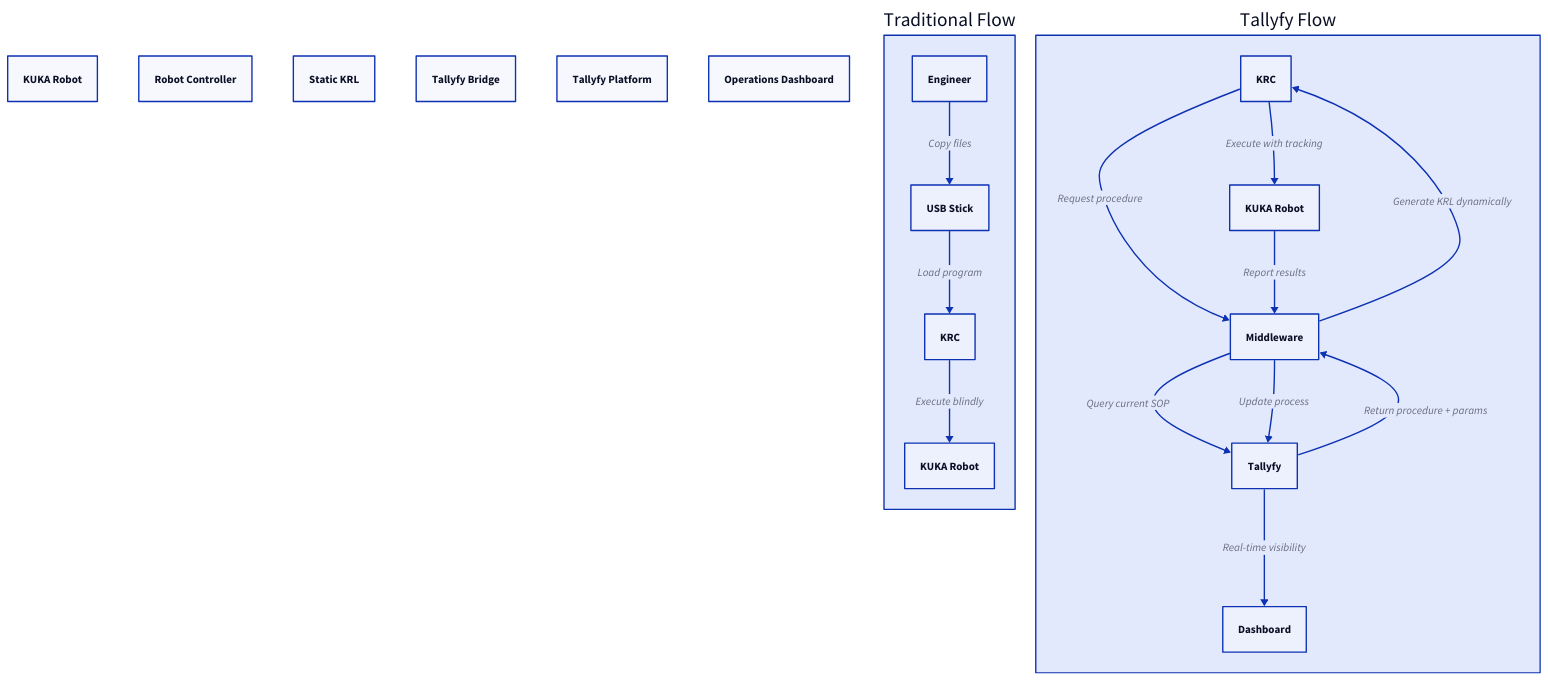
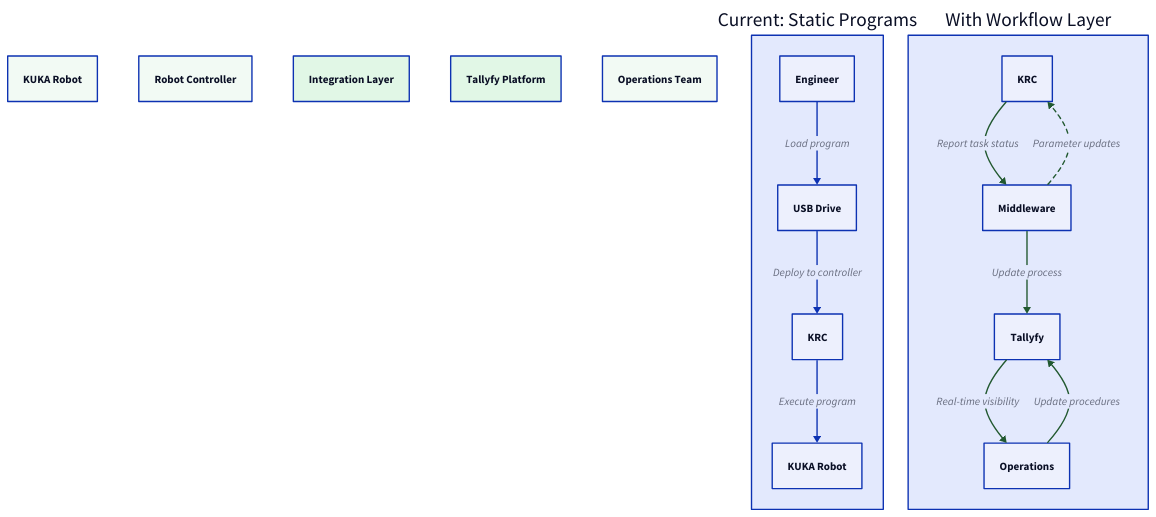
One commit to tallyfy/documentation changed the diagram in src/content/docs/pro/integrations/robotics/kuka.mdx. Above: the diagram before and after it, drawn with D2. The commit also changed other lines of this file and 10 other files, not shown here.

````diff
--- a/src/content/docs/pro/integrations/robotics/kuka.mdx
+++ b/src/content/docs/pro/integrations/robotics/kuka.mdx
@@ -225,28 +116,49 @@
 ```d2
-KUKA Robot: KUKA Robot
-KRC: Robot Controller
-KRL Files: Static KRL
-Middleware: Tallyfy Bridge
-Tallyfy: Tallyfy Platform
-Dashboard: Operations Dashboard
-
-Traditional Flow: {
-  Engineer: Engineer
-  USB: USB Stick
-  
-  Engineer -> USB: Copy files
-  USB -> KRC: Load program
-  KRC -> KUKA Robot: Execute blindly
+KUKA Robot: KUKA Robot {
+  style.fill: "#f2faf4"
+}
+KRC: Robot Controller {
+  style.fill: "#f2faf4"
+}
+Middleware: Integration Layer {
+  style.fill: "#e1f7e6"
+}
+Tallyfy: Tallyfy Platform {
+  style.fill: "#e1f7e6"
+}
+Operations: Operations Team {
+  style.fill: "#f2faf4"
 }
 
-Tallyfy Flow: {
-  KRC -> Middleware: Request procedure
-  Middleware -> Tallyfy: Query current SOP
-  Tallyfy -> Middleware: Return procedure + params
-  Middleware -> KRC: Generate KRL dynamically
-  KRC -> KUKA Robot: Execute with tracking
-  KUKA Robot -> Middleware: Report results
-  Middleware -> Tallyfy: Update process
-  Tallyfy -> Dashboard: Real-time visibility
+Current State: {
+  label: "Current: Static Programs"
+
+  Engineer: Engineer
+  USB: USB Drive
+
+  Engineer -> USB: Load program
+  USB -> KRC: Deploy to controller
+  KRC -> KUKA Robot: Execute program
+}
+
+Potential Integration: {
+  label: "With Workflow Layer"
+
+  KRC -> Middleware: Report task status {
+    style.stroke: "#225930"
+  }
+  Middleware -> Tallyfy: Update process {
+    style.stroke: "#225930"
+  }
+  Tallyfy -> Operations: Real-time visibility {
+    style.stroke: "#225930"
+  }
+  Operations -> Tallyfy: Update procedures {
+    style.stroke: "#225930"
+  }
+  Middleware -> KRC: Parameter updates {
+    style.stroke: "#225930"
+    style.stroke-dash: 3
+  }
 }
 ```
````
